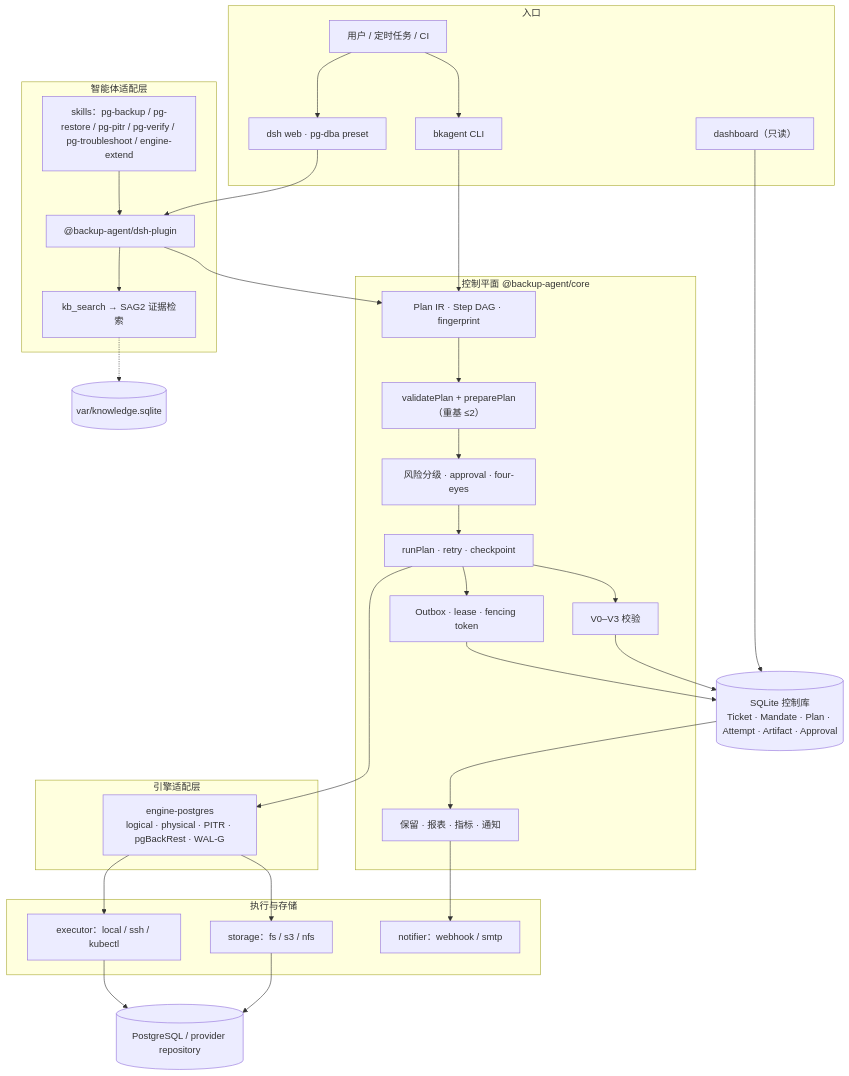
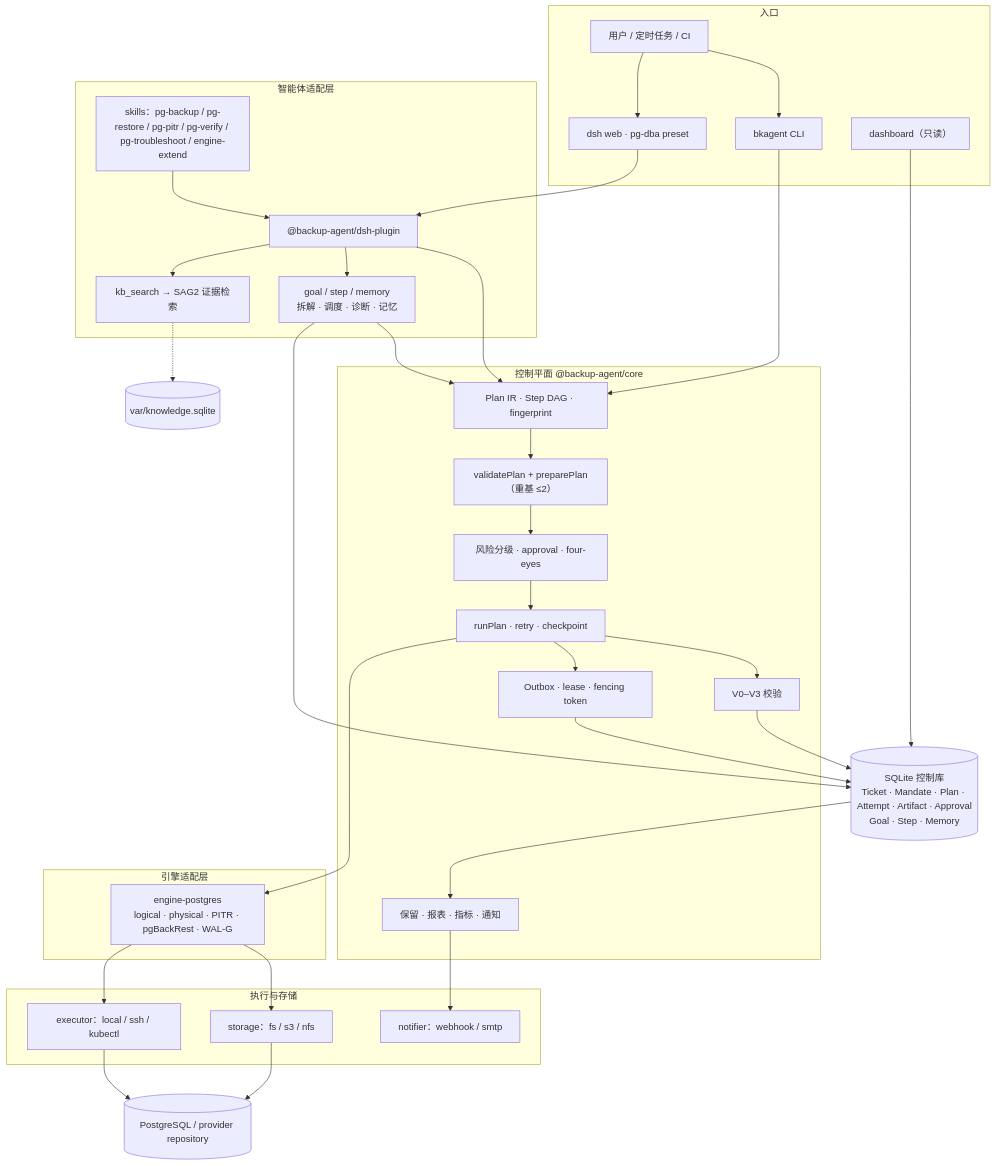
One commit to RoyDD/backup-agent changed the first of 4 diagrams in docs/architecture.md. Above: the diagram before and after it, drawn with Mermaid. The commit also changed other lines of this file and 13 other files, not shown here.

````diff
--- a/docs/architecture.md
+++ b/docs/architecture.md
@@ -7,63 +7,67 @@
 ```mermaid
 flowchart TB
   subgraph Entry["入口"]
     U["用户 / 定时任务 / CI"]
     DSH["dsh web · pg-dba preset"]
     CLI["bkagent CLI"]
     DASH["dashboard（只读）"]
   end
 
   subgraph Agent["智能体适配层"]
     TOOLS["@backup-agent/dsh-plugin"]
     SKILLS["skills：pg-backup / pg-restore / pg-pitr / pg-verify / pg-troubleshoot / engine-extend"]
     KB["kb_search → SAG2 证据检索"]
+    GOAL["goal / step / memory<br/>拆解 · 调度 · 诊断 · 记忆"]
   end
 
   subgraph Core["控制平面 @backup-agent/core"]
     PLAN["Plan IR · Step DAG · fingerprint"]
     GATE["validatePlan + preparePlan（重基 ≤2）"]
     APPROVE["风险分级 · approval · four-eyes"]
     RUN["runPlan · retry · checkpoint"]
     OUTBOX["Outbox · lease · fencing token"]
     VERIFY["V0–V3 校验"]
     OPS["保留 · 报表 · 指标 · 通知"]
   end
 
   subgraph Engine["引擎适配层"]
     PG["engine-postgres<br/>logical · physical · PITR · pgBackRest · WAL-G"]
   end
 
   subgraph Exec["执行与存储"]
     EXEC["executor：local / ssh / kubectl"]
     STORE["storage：fs / s3 / nfs"]
     NOTIFY["notifier：webhook / smtp"]
   end
 
-  DB[("SQLite 控制库<br/>Ticket · Mandate · Plan · Attempt · Artifact · Approval")]
+  DB[("SQLite 控制库<br/>Ticket · Mandate · Plan · Attempt · Artifact · Approval<br/>Goal · Step · Memory")]
   KDB[("var/knowledge.sqlite")]
   TARGET[("PostgreSQL / provider repository")]
 
   U --> DSH
   U --> CLI
   DSH --> TOOLS
   SKILLS --> TOOLS
   TOOLS --> KB
+  TOOLS --> GOAL
+  GOAL --> DB
   KB -.-> KDB
   TOOLS --> PLAN
+  GOAL --> PLAN
   CLI --> PLAN
   PLAN --> GATE
   GATE --> APPROVE
   APPROVE --> RUN
   RUN --> PG
   PG --> EXEC
   PG --> STORE
   RUN --> OUTBOX
   OUTBOX --> DB
   RUN --> VERIFY
   VERIFY --> DB
   DB --> OPS
   OPS --> NOTIFY
   EXEC --> TARGET
   STORE --> TARGET
   DASH --> DB
 ```
````
